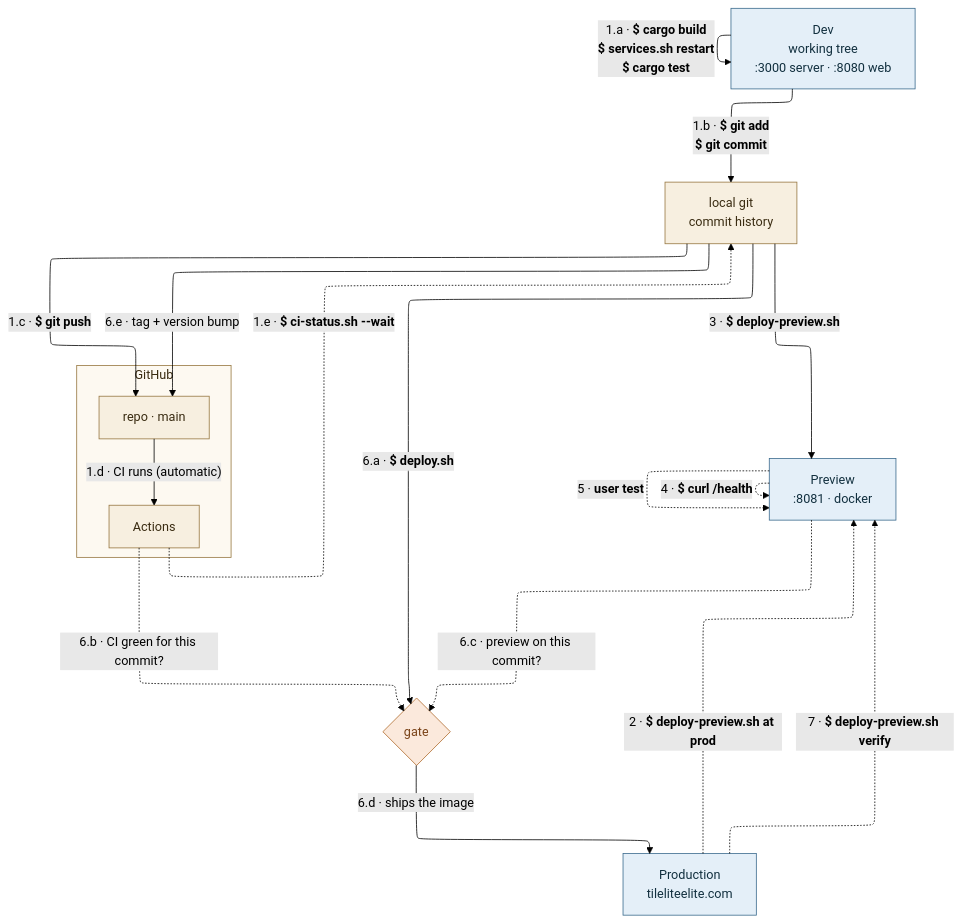
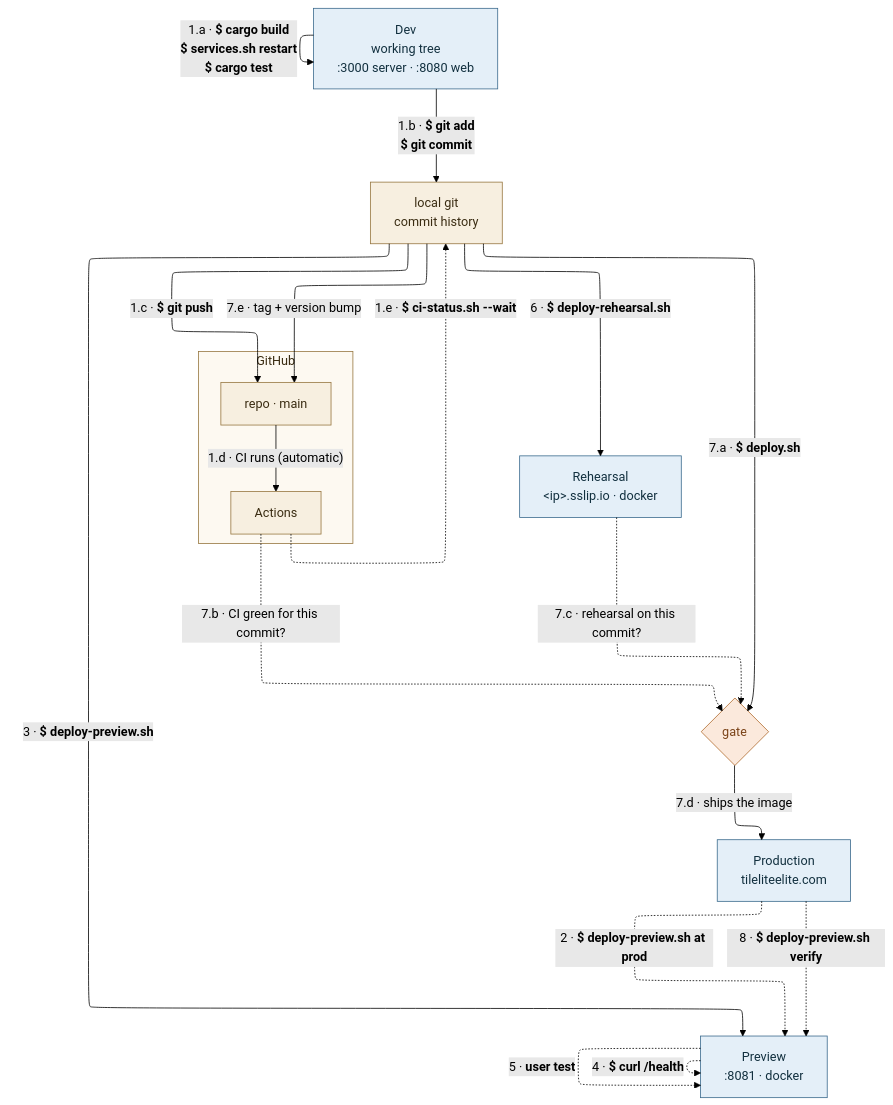
The diagram in docs/diagrams/release-flow.mmd (SteveStyle/scrabble-px), drawn with Mermaid (forest theme) before and after one commit. The commit also changed 1 other file, not shown here.

```diff
--- a/docs/diagrams/release-flow.mmd
+++ b/docs/diagrams/release-flow.mmd
@@ -1,79 +1,87 @@
 ---
 config:
   layout: elk
   elk:
     nodePlacementStrategy: BRANDES_KOEPF
 ---
 flowchart TB
     %% Line language, applied consistently:
     %%   -->    code moves, in the direction it moves
     %%   -.->   an answer comes back — a query, nothing shipped
     %% Bold is an action somebody takes; normal weight is something that
     %% happens on its own or a question being asked. Bold comes from
     %% mermaid markdown strings (backtick-quoted labels) rather than <b>,
     %% which leaks literally while htmlLabels is false.
     %% .
     %% Every arrow is numbered, in the order events happen, so the whole
     %% sequence can be followed by reading the numbers. A letter suffix
     %% breaks one runbook step into its ordered parts — 1.a-1.e are things
-    %% you do, 6.a-6.e are what one command does on your behalf.
+    %% you do, 7.a-7.e are what one command does on your behalf.
     %% .
     %%   {  }   a decision on an action arrow — the action stops here and
     %%          is tested before it continues. Checks feed into it.
     %% .
+    %% .
+    %% Preview deliberately does not feed the gate. It is where you look at a
+    %% change; the gate asks whether the release *mechanism* worked, which is
+    %% what the rehearsal host answers. A gate can check that bits were
+    %% present somewhere, never that somebody looked at them and was happy.
     %% .
     %% The gate is a decision on the *action*, not a property of production:
     %% it happens inside deploy.sh, before anything ships, and the two
     %% checks are inputs to it. Drawing it as arrows into Production implied
     %% a relationship between Actions and Production that does not exist.
     %% .
     %% No linkStyle anywhere: the shapes carry the meaning. Edge indices
     %% silently pointed at the wrong arrows four times when they did.
     %% .
-    %% Steps 3 and 6.a start at local git rather than Dev on purpose, and
+    %% Steps 3, 6 and 7.a start at local git rather than Dev on purpose, and
     %% this is literally true of the scripts: both check the commit out into
     %% a throwaway git worktree and build that, so the working tree cannot
     %% reach either environment. Do not "correct" these to start at DEV.
     DEV["Dev<br/>working tree<br/>:3000 server · :8080 web"]
     STG["Preview<br/>:8081 · docker"]
+    REH["Rehearsal<br/>&lt;ip&gt;.sslip.io · docker"]
     PROD["Production<br/>tileliteelite.com"]
     LG["local git<br/>commit history"]
     subgraph GH["GitHub"]
         REPO["repo · main"]
         ACT["Actions"]
     end
 
 
     DEV ~~~ STG
-    STG ~~~ GATE
-    %% Without this, ELK floats Production up beside Preview and "ships the
-    %% image" points upward. Pinning it after Preview puts the environments
-    %% in descending order and the deploy flow downward through the gate.
-    STG ~~~ PROD
+    STG ~~~ REH
+    REH ~~~ GATE
+    %% Without this, ELK floats Production up beside the others and "ships
+    %% the image" points upward. Pinning it last puts the environments in
+    %% descending order and the deploy flow downward through the gate.
+    REH ~~~ PROD
 
     DEV -->|"`1.a · **$ cargo build**
 **$ services.sh restart**
 **$ cargo test**`"| DEV
     DEV -->|"`1.b · **$ git add**
 **$ git commit**`"| LG
     LG -->|"`1.c · **$ git push**`"| REPO
     REPO -->|"1.d · CI runs (automatic)"| ACT
     ACT -.->|"`1.e · **$ ci-status.sh --wait**`"| LG
     PROD -.->|"`2 · **$ deploy-preview.sh at prod**`"| STG
     LG -->|"`3 · **$ deploy-preview.sh**`"| STG
     STG -.->|"`4 · **$ curl /health**`"| STG
     STG -.->|"`5 · **user test**`"| STG
-    LG -->|"`6.a · **$ deploy.sh**`"| GATE{"gate"}
-    GATE -->|"6.d · ships the image"| PROD
-    ACT -.->|"6.b · CI green for this commit?"| GATE
-    STG -.->|"6.c · preview on this commit?"| GATE
-    LG -->|"6.e · tag + version bump"| REPO
-    PROD -.->|"`7 · **$ deploy-preview.sh verify**`"| STG
+    LG -->|"`6 · **$ deploy-rehearsal.sh**`"| REH
+    LG -->|"`7.a · **$ deploy.sh**`"| GATE{"gate"}
+    GATE -->|"7.d · ships the image"| PROD
+    ACT -.->|"7.b · CI green for this commit?"| GATE
+    REH -.->|"7.c · rehearsal on this commit?"| GATE
+    LG -->|"7.e · tag + version bump"| REPO
+    PROD -.->|"`8 · **$ deploy-preview.sh verify**`"| STG
 
     classDef gate fill:#fbe9dc,stroke:#b06a2c,color:#7a4318
     classDef env fill:#e4eff8,stroke:#39698c,color:#12303f
     classDef repo fill:#f7efe0,stroke:#96763f,color:#3a2c12
-    class DEV,STG,PROD env
+    class DEV,STG,REH,PROD env
     class LG,REPO,ACT repo
     class GATE gate
     style GH fill:#fdf9f1,stroke:#96763f,color:#3a2c12
```
